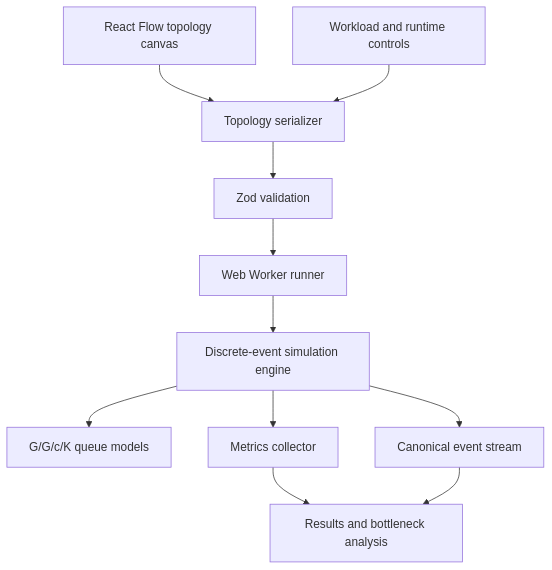
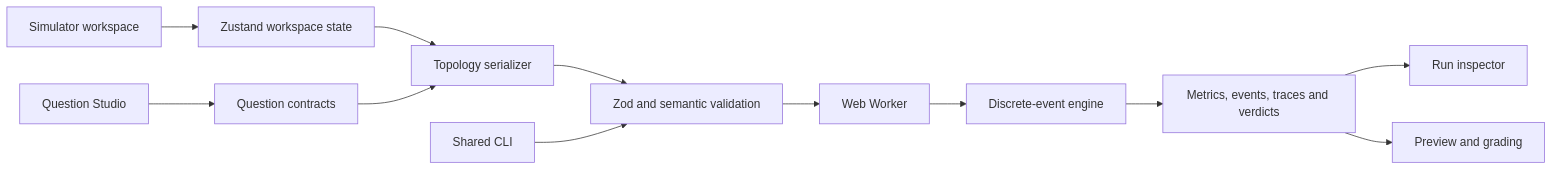
The diagram in content/case-studies/system-design-simulator.md (Newton-School/newtonschool-studio), drawn with Mermaid before and after one commit. The commit also changed other lines of this file and 17 other files, not shown here.

````diff
--- a/content/case-studies/system-design-simulator.md
+++ b/content/case-studies/system-design-simulator.md
@@ -63,13 +71,15 @@
 ```mermaid
-flowchart TD
-  Canvas[React Flow topology canvas] --> Serializer[Topology serializer]
-  Controls[Workload and runtime controls] --> Serializer
-  Serializer --> Validator[Zod validation]
-  Validator --> Worker[Web Worker runner]
-  Worker --> Engine[Discrete-event simulation engine]
-  Engine --> Queues[G/G/c/K queue models]
-  Engine --> Metrics[Metrics collector]
-  Engine --> Events[Canonical event stream]
-  Metrics --> Results[Results and bottleneck analysis]
-  Events --> Results
+flowchart LR
+  Simulator[Simulator workspace] --> Store[Zustand workspace state]
+  Studio[Question Studio] --> Contracts[Question contracts]
+  Store --> Serializer[Topology serializer]
+  Contracts --> Serializer
+  Serializer --> Validator[Zod and semantic validation]
+  Validator --> Worker[Web Worker]
+  Worker --> Engine[Discrete-event engine]
+  Engine --> Evidence[Metrics, events, traces and verdicts]
+  Evidence --> Inspector[Run inspector]
+  Evidence --> Grading[Preview and grading]
+
+  CLI[Shared CLI] --> Validator
 ```
````
